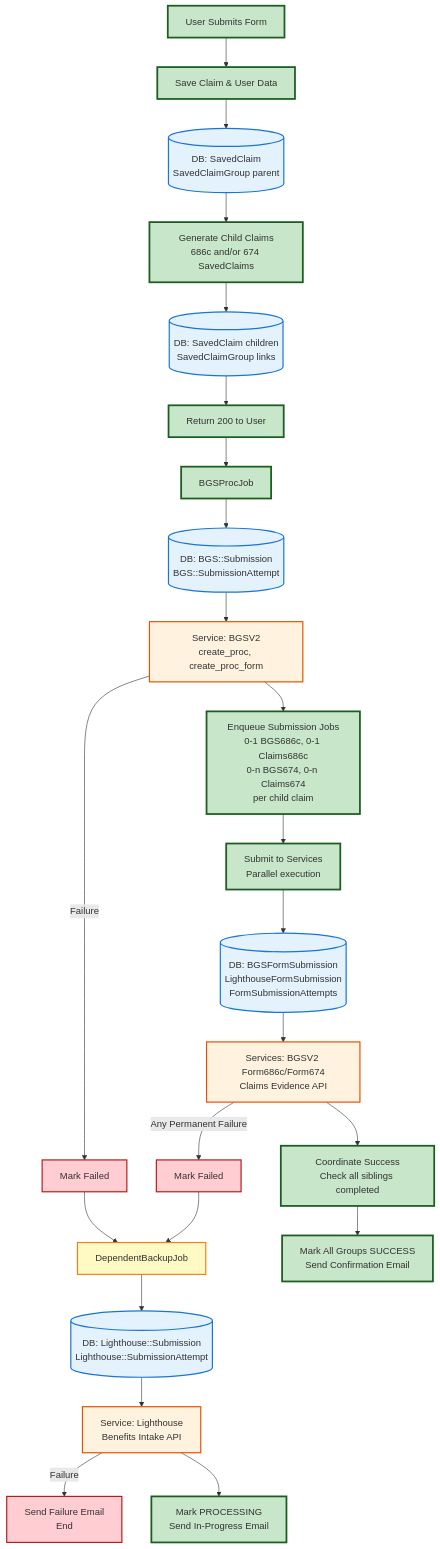
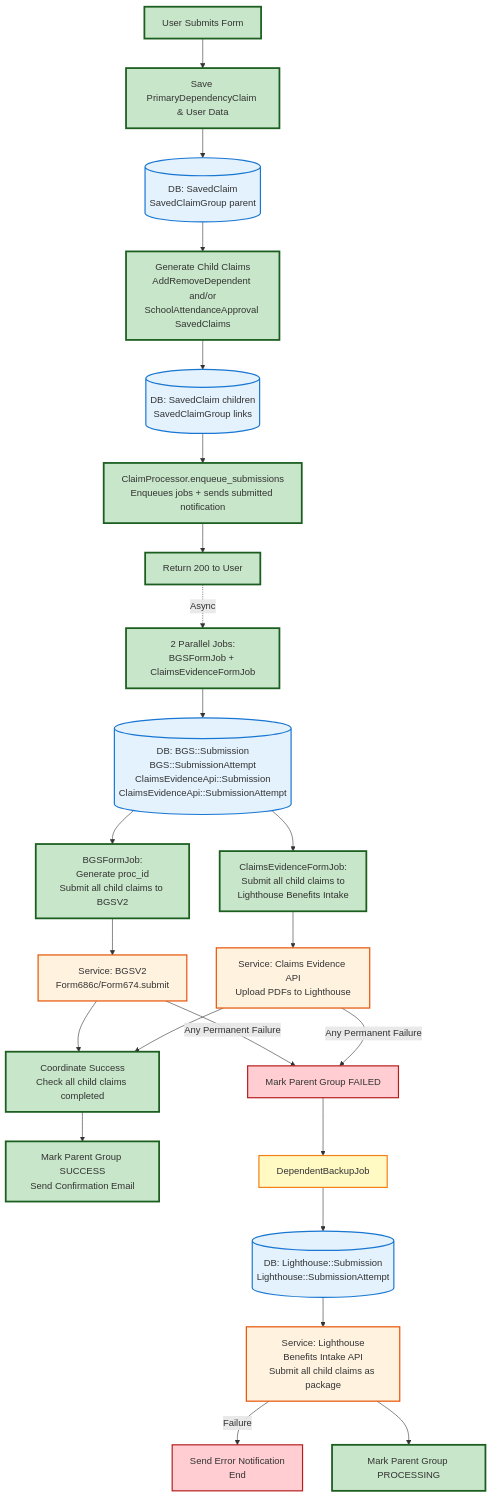
One commit to department-of-veterans-affairs/vets-api changed the diagram in modules/dependents_benefits/documentation/data_flow_diagrams/full_data_flow.md. Above: the diagram before and after it, drawn with Mermaid. The commit also changed other lines of this file and 5 other files, not shown here.

````diff
--- a/modules/dependents_benefits/documentation/data_flow_diagrams/full_data_flow.md
+++ b/modules/dependents_benefits/documentation/data_flow_diagrams/full_data_flow.md
@@ -11,42 +11,45 @@
 ```mermaid
 graph TD
-    Start[User Submits Form] --> SaveClaim[Save Claim & User Data]
+    Start[User Submits Form] --> SaveClaim[Save PrimaryDependencyClaim & User Data]
     SaveClaim --> DB1[(DB: SavedClaim<br/>SavedClaimGroup parent)]
-    DB1 --> GenChildren[Generate Child Claims<br/>686c and/or 674 SavedClaims]
+    DB1 --> GenChildren[Generate Child Claims<br/>AddRemoveDependent and/or<br/>SchoolAttendanceApproval SavedClaims]
     GenChildren --> DB2[(DB: SavedClaim children<br/>SavedClaimGroup links)]
-    DB2 --> Return[Return 200 to User]
+    DB2 --> Enqueue[ClaimProcessor.enqueue_submissions<br/>Enqueues jobs + sends submitted notification]
+    Enqueue --> Return[Return 200 to User]
     
-    Return --> BGSProc[BGSProcJob]
-    BGSProc --> DB3[(DB: BGS::Submission<br/>BGS::SubmissionAttempt)]
-    DB3 --> BGSService[Service: BGSV2<br/>create_proc, create_proc_form]
-    BGSService -->|Failure| BGSFail[Mark Failed]
-    BGSService --> EnqueueSubs[Enqueue Submission Jobs<br/>0-1 BGS686c, 0-1 Claims686c<br/>0-n BGS674, 0-n Claims674<br/>per child claim]
+    Return -.Async.-> ParallelJobs[2 Parallel Jobs:<br/>BGSFormJob + ClaimsEvidenceFormJob]
+    ParallelJobs --> DB3[(DB: BGS::Submission<br/>BGS::SubmissionAttempt<br/>ClaimsEvidenceApi::Submission<br/>ClaimsEvidenceApi::SubmissionAttempt)]
     
-    EnqueueSubs --> SubmitAll[Submit to Services<br/>Parallel execution]
-    SubmitAll --> DB4[(DB: BGSFormSubmission<br/>LighthouseFormSubmission<br/>FormSubmissionAttempts)]
-    DB4 --> Services[Services: BGSV2 Form686c/Form674<br/>Claims Evidence API]
-    Services -->|Any Permanent Failure| SubFail[Mark Failed]
-    Services --> Coordinate[Coordinate Success<br/>Check all siblings completed]
+    DB3 --> BGSFlow[BGSFormJob:<br/>Generate proc_id<br/>Submit all child claims to BGSV2]
+    DB3 --> ClaimsFlow[ClaimsEvidenceFormJob:<br/>Submit all child claims to<br/>Lighthouse Benefits Intake]
     
-    Coordinate --> MarkSuccess[Mark All Groups SUCCESS<br/>Send Confirmation Email]
+    BGSFlow --> BGSService[Service: BGSV2<br/>Form686c/Form674.submit]
+    ClaimsFlow --> ClaimsService[Service: Claims Evidence API<br/>Upload PDFs to Lighthouse]
     
-    BGSFail --> Backup[DependentBackupJob]
-    SubFail --> Backup
+    BGSService -->|Any Permanent Failure| JobFail[Mark Parent Group FAILED]
+    ClaimsService -->|Any Permanent Failure| JobFail
+    
+    BGSService --> Coordinate[Coordinate Success<br/>Check all child claims completed]
+    ClaimsService --> Coordinate
+    
+    Coordinate --> MarkSuccess[Mark Parent Group SUCCESS<br/>Send Confirmation Email]
+    
+    JobFail --> Backup[DependentBackupJob]
     Backup --> DB5[(DB: Lighthouse::Submission<br/>Lighthouse::SubmissionAttempt)]
-    DB5 --> BackupService[Service: Lighthouse<br/>Benefits Intake API]
-    BackupService -->|Failure| BackupFail[Send Failure Email<br/>End]
-    BackupService --> BackupSuccess[Mark PROCESSING<br/>Send In-Progress Email]
+    DB5 --> BackupService[Service: Lighthouse<br/>Benefits Intake API<br/>Submit all child claims as package]
+    BackupService -->|Failure| BackupFail[Send Error Notification<br/>End]
+    BackupService --> BackupSuccess[Mark Parent Group PROCESSING]
     
     %% Styling
     classDef mainPath fill:#c8e6c9,stroke:#1b5e20,stroke-width:3px
     classDef database fill:#e3f2fd,stroke:#1976d2,stroke-width:2px
     classDef service fill:#fff3e0,stroke:#e65100,stroke-width:2px
     classDef failure fill:#ffcdd2,stroke:#b71c1c,stroke-width:2px
     classDef backup fill:#fff9c4,stroke:#f57f17,stroke-width:2px
     
-    class Start,SaveClaim,GenChildren,Return,BGSProc,EnqueueSubs,SubmitAll,Coordinate,MarkSuccess,BackupSuccess mainPath
-    class DB1,DB2,DB3,DB4,DB5 database
-    class BGSService,Services,BackupService service
-    class BGSFail,SubFail,BackupFail failure
+    class Start,SaveClaim,GenChildren,Enqueue,Return,ParallelJobs,BGSFlow,ClaimsFlow,Coordinate,MarkSuccess,BackupSuccess mainPath
+    class DB1,DB2,DB3,DB5 database
+    class BGSService,ClaimsService,BackupService service
+    class JobFail,BackupFail failure
     class Backup backup
 ```
````
